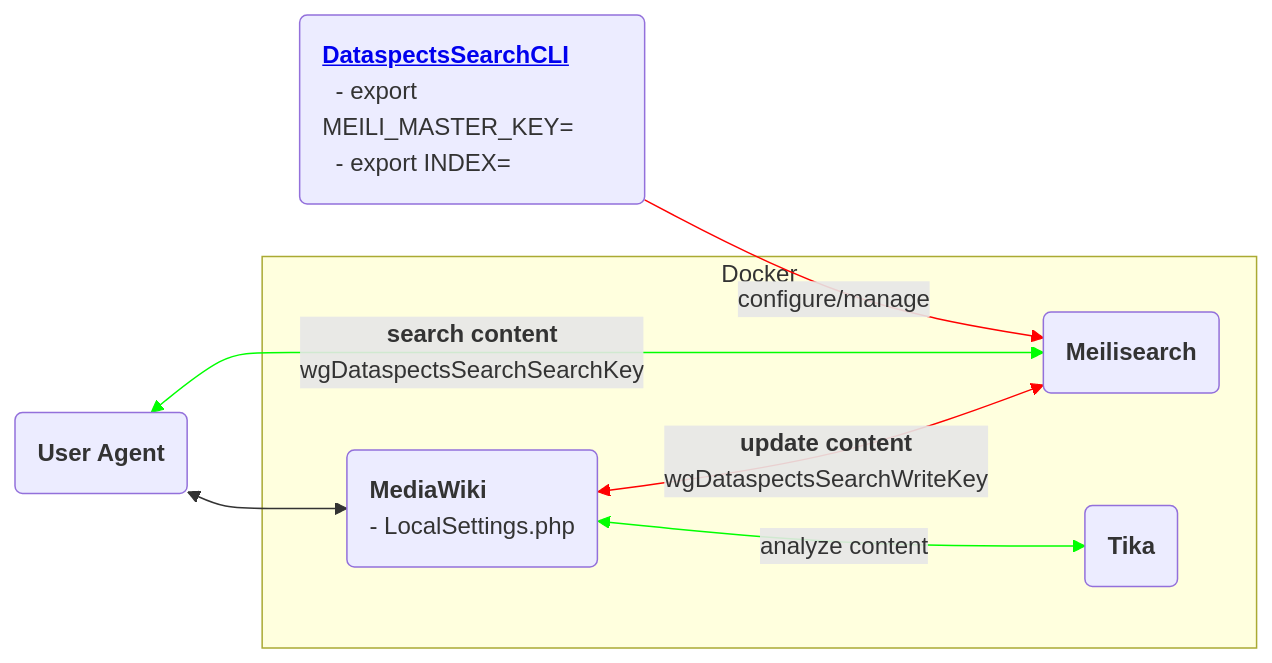
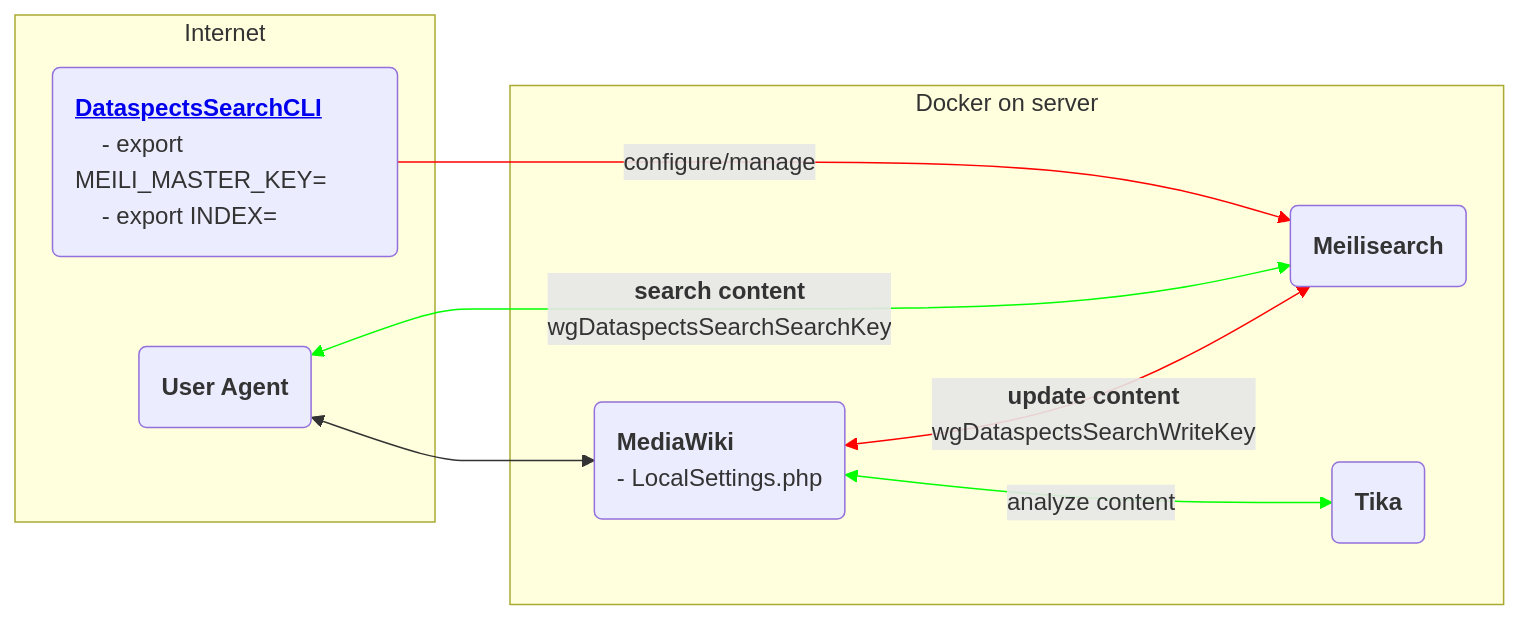
The diagram in README.md (dataspects/mediawiki-extensions-Dataspects), drawn with Mermaid before and after one commit. The commit also changed other lines of this file, not shown here.

````diff
--- a/README.md
+++ b/README.md
@@ -5,25 +5,27 @@
 ```mermaid
 flowchart LR
-  mediawiki("<b>MediaWiki</b>
-  - LocalSettings.php")
-  meilisearch("<b>Meilisearch</b>")
-  tika("<b>Tika</b>")
-  userAgent("<b>User Agent</b>")
-  DataspectsSearchCLI("<b><a href='https://github.com/dataspects/DataspectsSearchCLI'>DataspectsSearchCLI</a></b>
-  - export MEILI_MASTER_KEY=
-  - export INDEX=")
+
+  subgraph Docker on server
+    mediawiki("<b>MediaWiki</b>
+    - LocalSettings.php")
+    meilisearch("<b>Meilisearch</b>")
+    tika("<b>Tika</b>")
+  end
+
+  subgraph Internet
+    userAgent("<b>User Agent</b>")
+    DataspectsSearchCLI("<b><a href='https://github.com/dataspects/DataspectsSearchCLI'>DataspectsSearchCLI</a></b>
+    - export MEILI_MASTER_KEY=
+    - export INDEX=")
+  end
 
   DataspectsSearchCLI-->|configure/manage|meilisearch
   userAgent<-->|<b>search content</b><br/>wgDataspectsSearchSearchKey|meilisearch
   userAgent<-->mediawiki
-
-  subgraph Docker
-    mediawiki<-->|<b>update content</b><br/>wgDataspectsSearchWriteKey|meilisearch
-    mediawiki<-->|analyze content|tika
-  end
+  mediawiki<-->|<b>update content</b><br/>wgDataspectsSearchWriteKey|meilisearch
+  mediawiki<-->|analyze content|tika
   
-
 classDef default text-align:left;
 linkStyle 0,3 stroke:#ff0000
 linkStyle 1,4 stroke:#00ff00
 ```
````
